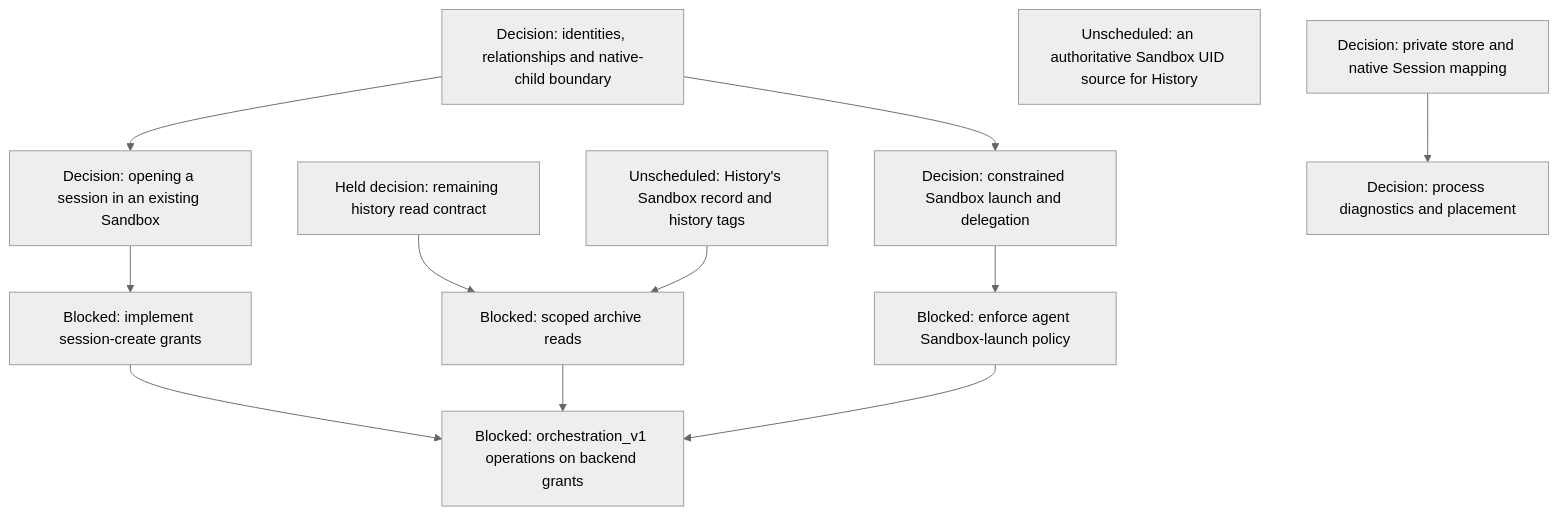
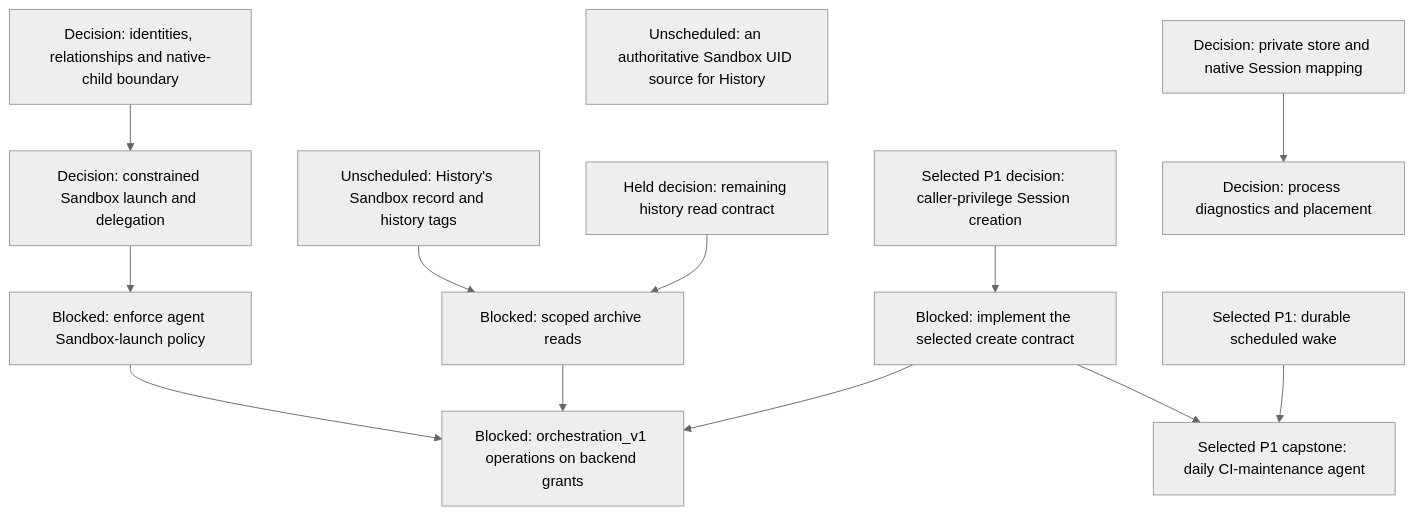
One commit to agentydragon/ducktape changed the fourth of 18 diagrams in agentplane/plans/task_dag.md. Above: the diagram before and after it, drawn with Mermaid (neutral theme). The commit also changed other lines of this file and 5 other files, not shown here.

````diff
--- a/agentplane/plans/task_dag.md
+++ b/agentplane/plans/task_dag.md
@@ -243,25 +307,28 @@
 ```mermaid
 flowchart TD
     MULTIAGENT_MODEL[Decision: identities, relationships and native-child boundary]
     THREAD_READ_POLICY_DESIGN[Held decision: remaining history read contract]
     HISTORY_SANDBOX_RECORD[Unscheduled: History's Sandbox record and history tags]
     THREAD_READ_POLICY[Blocked: scoped archive reads]
     HISTORY_SANDBOX_ASSOCIATION_SOURCE[Unscheduled: an authoritative Sandbox UID source for History]
-    THREAD_CREATE_POLICY[Decision: opening a session in an existing Sandbox]
-    THREAD_CREATE_AUTHORIZATION[Blocked: implement session-create grants]
+    THREAD_CREATE_POLICY[Selected P1 decision: caller-privilege Session creation]
+    THREAD_CREATE_AUTHORIZATION[Blocked: implement the selected create contract]
     AGENT_LAUNCH_POLICY_DESIGN[Decision: constrained Sandbox launch and delegation]
     AGENT_SANDBOX_LAUNCH[Blocked: enforce agent Sandbox-launch policy]
-    MULTIAGENT_MODEL --> THREAD_CREATE_POLICY
     MULTIAGENT_MODEL --> AGENT_LAUNCH_POLICY_DESIGN
     THREAD_READ_POLICY_DESIGN --> THREAD_READ_POLICY
     HISTORY_SANDBOX_RECORD --> THREAD_READ_POLICY
     THREAD_CREATE_POLICY --> THREAD_CREATE_AUTHORIZATION
+    SCHEDULED_AGENT_WAKE[Selected P1: durable scheduled wake]
+    DAILY_CI_AGENT[Selected P1 capstone: daily CI-maintenance agent]
+    SCHEDULED_AGENT_WAKE --> DAILY_CI_AGENT
+    THREAD_CREATE_AUTHORIZATION --> DAILY_CI_AGENT
     AGENT_LAUNCH_POLICY_DESIGN --> AGENT_SANDBOX_LAUNCH
     ORCHESTRATION_V1_BACKEND_GRANTS[Blocked: orchestration_v1 operations on backend grants]
     THREAD_CREATE_AUTHORIZATION --> ORCHESTRATION_V1_BACKEND_GRANTS
     THREAD_READ_POLICY --> ORCHESTRATION_V1_BACKEND_GRANTS
     AGENT_SANDBOX_LAUNCH --> ORCHESTRATION_V1_BACKEND_GRANTS
     RUNNER_HARNESS_OBJECTS_DESIGN[Decision: process diagnostics and placement]
     HARNESS_IDENTITY_DESIGN[Decision: private store and native Session mapping]
     HARNESS_IDENTITY_DESIGN --> RUNNER_HARNESS_OBJECTS_DESIGN
 ```
````
